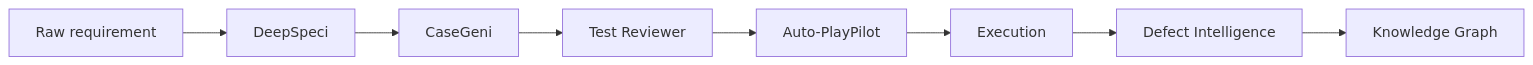
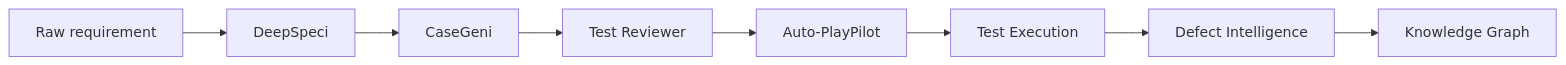
Before and after one commit to QE-CoE/zenseaiqicookbook: the diagram in docs/workflows/end-to-end.md, drawn with Mermaid. The commit also changed other lines of this file and 34 other files, not shown here.

````diff
--- a/docs/workflows/end-to-end.md
+++ b/docs/workflows/end-to-end.md
@@ -5,10 +5,10 @@
 ```mermaid
 flowchart LR
   R[Raw requirement] --> DS[DeepSpeci]
   DS --> CG[CaseGeni]
   CG --> TR[Test Reviewer]
   TR --> APP[Auto-PlayPilot]
-  APP --> EXE[Execution]
+  APP --> EXE[Test Execution]
   EXE --> DI[Defect Intelligence]
   DI --> KG[Knowledge Graph]
 ```
````
